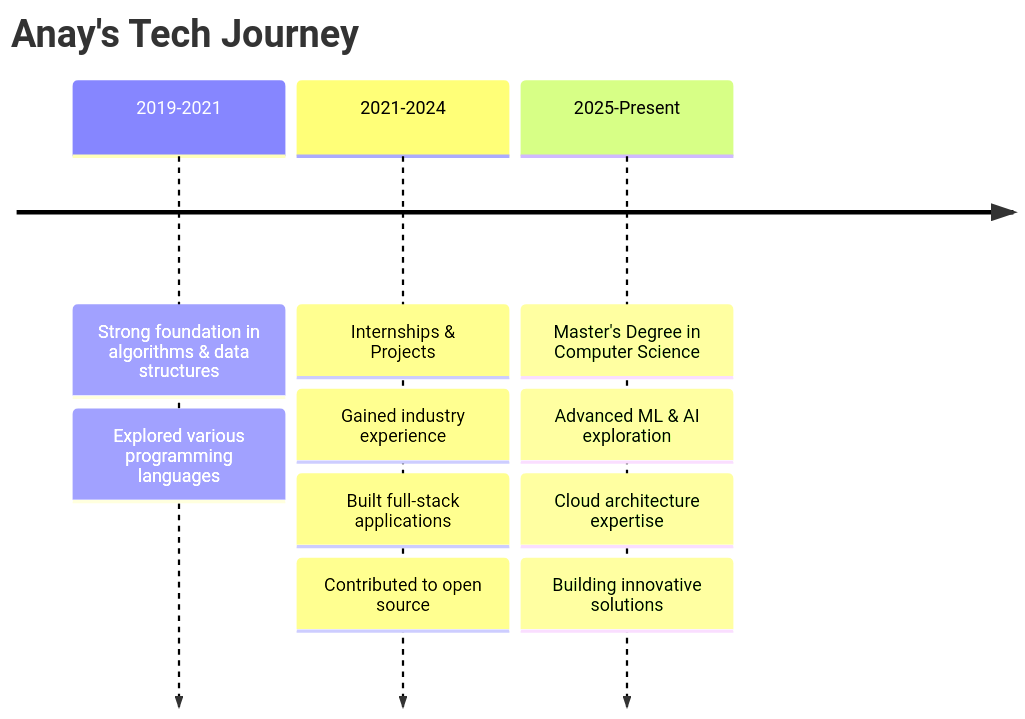
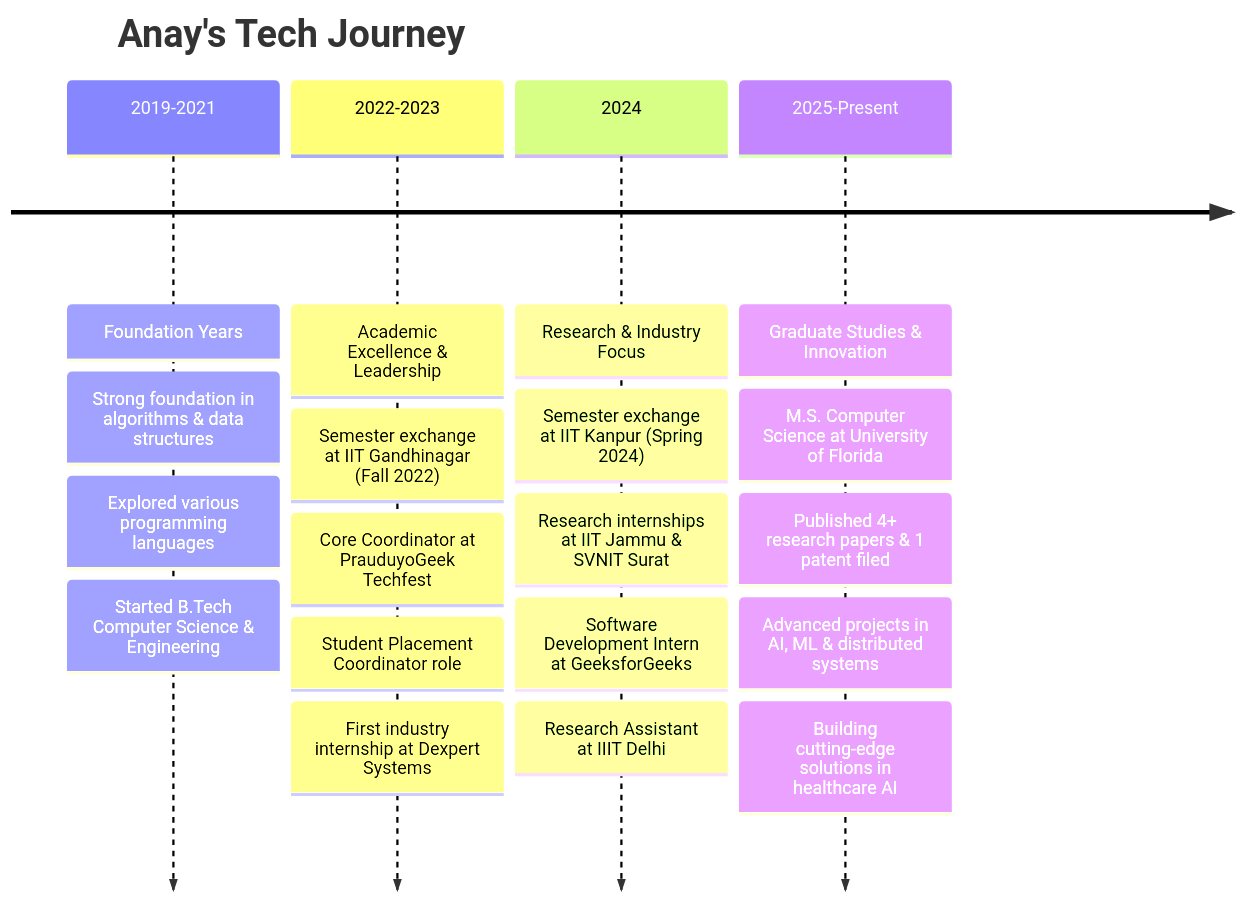
Before and after one commit to anayy09/anayy09: the diagram in README.md, drawn with Mermaid. The commit also changed other lines of this file, not shown here.

````diff
--- a/README.md
+++ b/README.md
@@ -141,17 +154,27 @@
 ```mermaid
 timeline
     title Anay's Tech Journey
     
-    2019-2021 : Strong foundation in algorithms & data structures
+    2019-2021 : Foundation Years
+              : Strong foundation in algorithms & data structures
               : Explored various programming languages
+              : Started B.Tech Computer Science & Engineering
     
-    2021-2024 : Internships & Projects
-              : Gained industry experience
-              : Built full-stack applications
-              : Contributed to open source
+    2022-2023 : Academic Excellence & Leadership
+              : Semester exchange at IIT Gandhinagar (Fall 2022)
+              : Core Coordinator at PrauduyoGeek Techfest
+              : Student Placement Coordinator role
+              : First industry internship at Dexpert Systems
     
-    2025-Present : Master's Degree in Computer Science
-                 : Advanced ML & AI exploration
-                 : Cloud architecture expertise
-                 : Building innovative solutions
+    2024 : Research & Industry Focus
+         : Semester exchange at IIT Kanpur (Spring 2024)
+         : Research internships at IIT Jammu & SVNIT Surat
+         : Software Development Intern at GeeksforGeeks
+         : Research Assistant at IIIT Delhi
+    
+    2025-Present : Graduate Studies & Innovation
+                 : M.S. Computer Science at University of Florida
+                 : Published 4+ research papers & 1 patent filed
+                 : Advanced projects in AI, ML & distributed systems
+                 : Building cutting-edge solutions in healthcare AI
 ```
````
